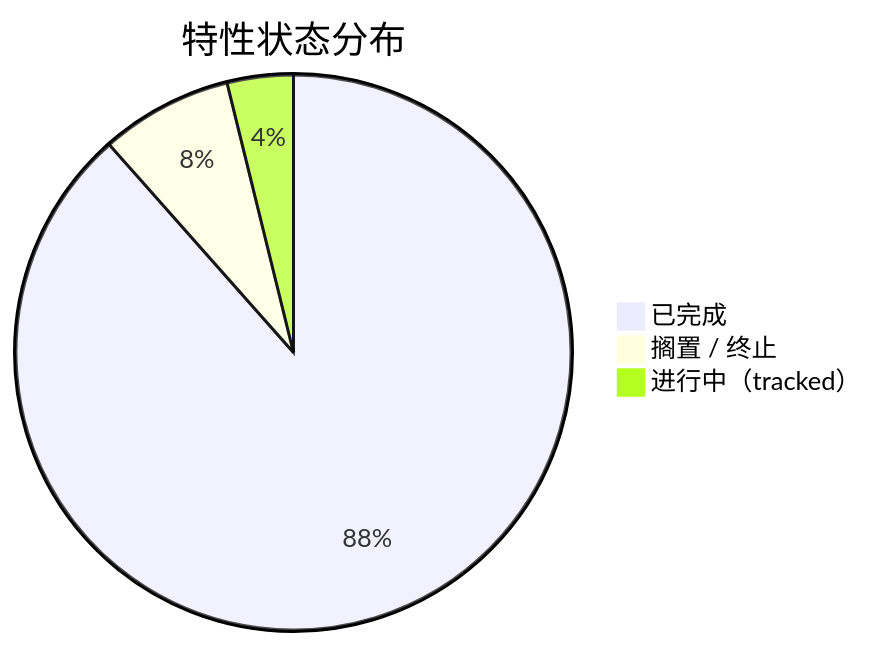
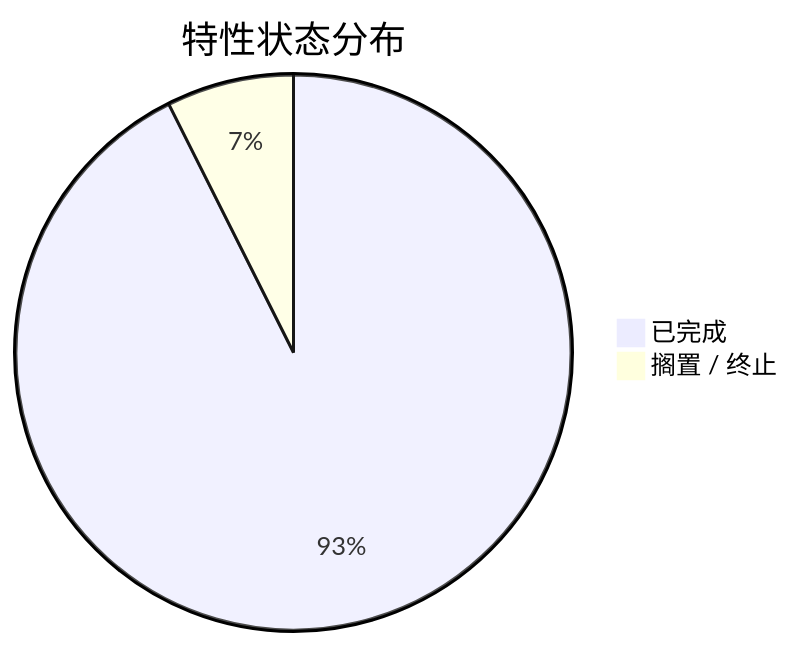
One commit to THZSummer/sddu changed the third of 8 diagrams in .sddu/ROADMAP.md. Above: the diagram before and after it, drawn with Mermaid. The commit also changed other lines of this file, not shown here.

First line of the commit message:
docs(roadmap): v5 版本交付状态回填 — v5.0.0/v5.1.0 已交付，通用适配顺延 v5.2.0

````diff
--- a/.sddu/ROADMAP.md
+++ b/.sddu/ROADMAP.md
@@ -85,6 +86,5 @@
 ```mermaid
 pie title 特性状态分布
-    "已完成" : 23
+    "已完成" : 25
     "搁置 / 终止" : 2
-    "进行中（tracked）" : 1
 ```
````
